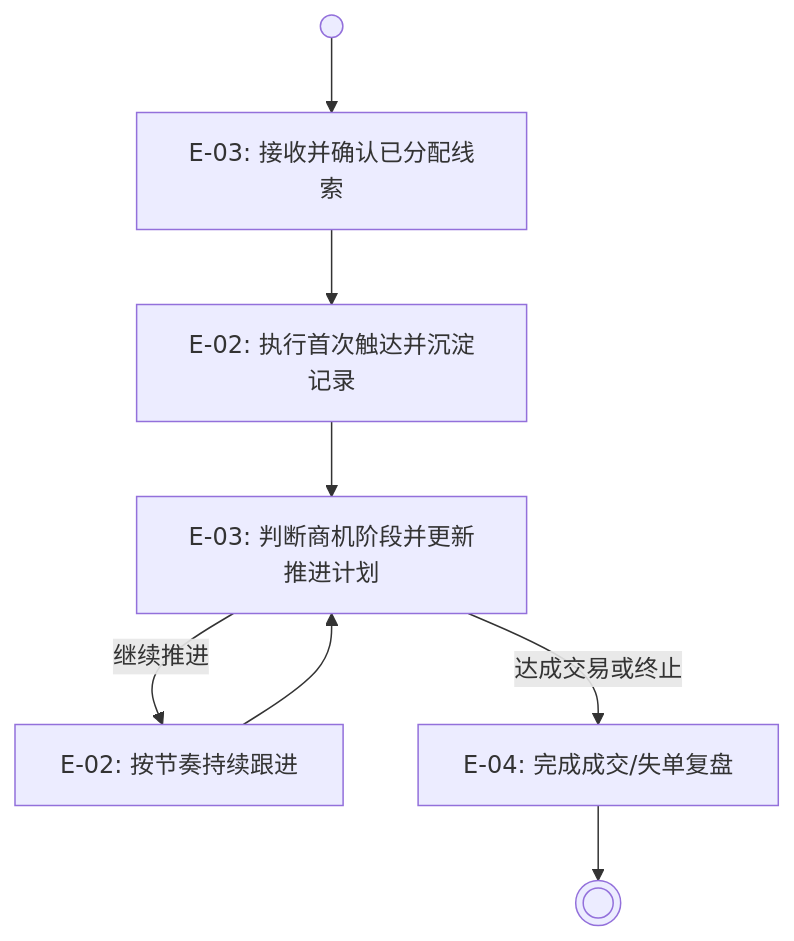
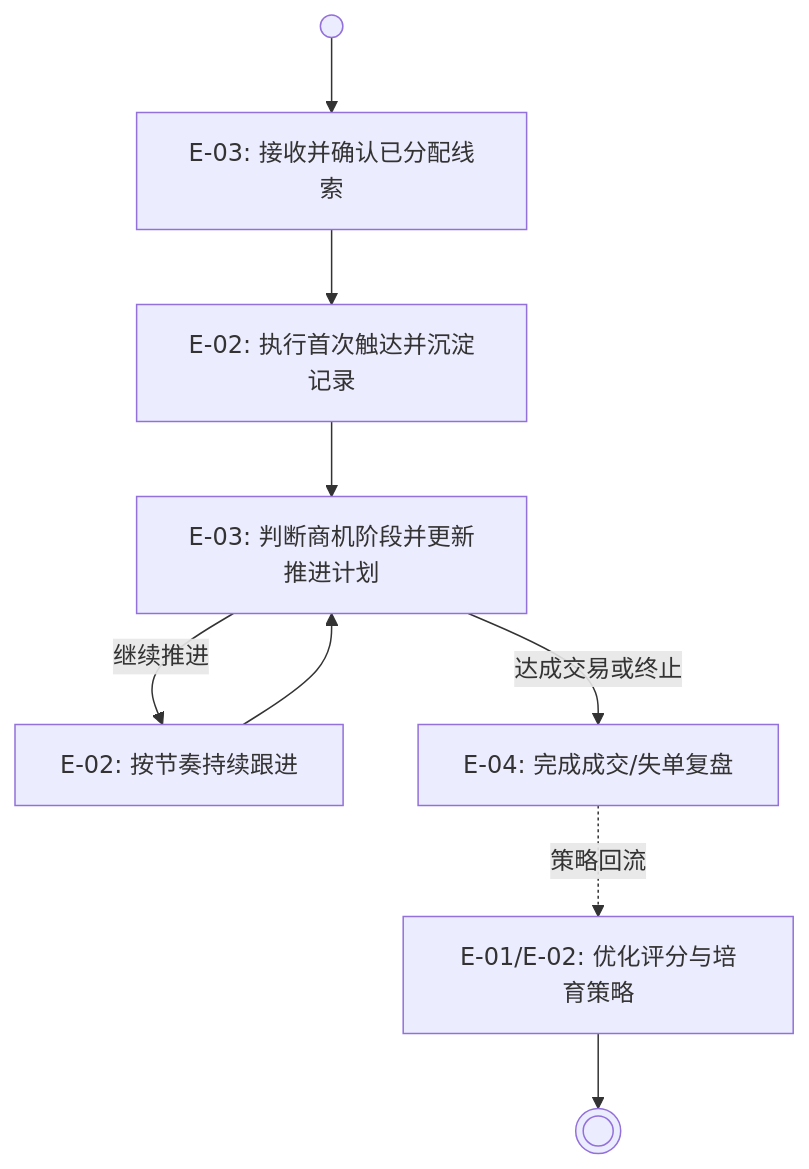
Before and after one commit to it188-networkx/crm-product: the second of 2 diagrams in requirements/structured-sales-cycle/README.md, drawn with Mermaid. The commit also changed other lines of this file and 4 other files, not shown here.

````diff
--- a/requirements/structured-sales-cycle/README.md
+++ b/requirements/structured-sales-cycle/README.md
@@ -60,10 +63,11 @@
 ```mermaid
 graph TD
     Start(( )) --> A[E-03: 接收并确认已分配线索]
     A --> B[E-02: 执行首次触达并沉淀记录]
     B --> C[E-03: 判断商机阶段并更新推进计划]
     C -->|继续推进| D[E-02: 按节奏持续跟进]
     D --> C
     C -->|达成交易或终止| E[E-04: 完成成交/失单复盘]
-    E --> End((( )))
+    E -.->|策略回流| F[E-01/E-02: 优化评分与培育策略]
+    F --> End((( )))
 ```
````
